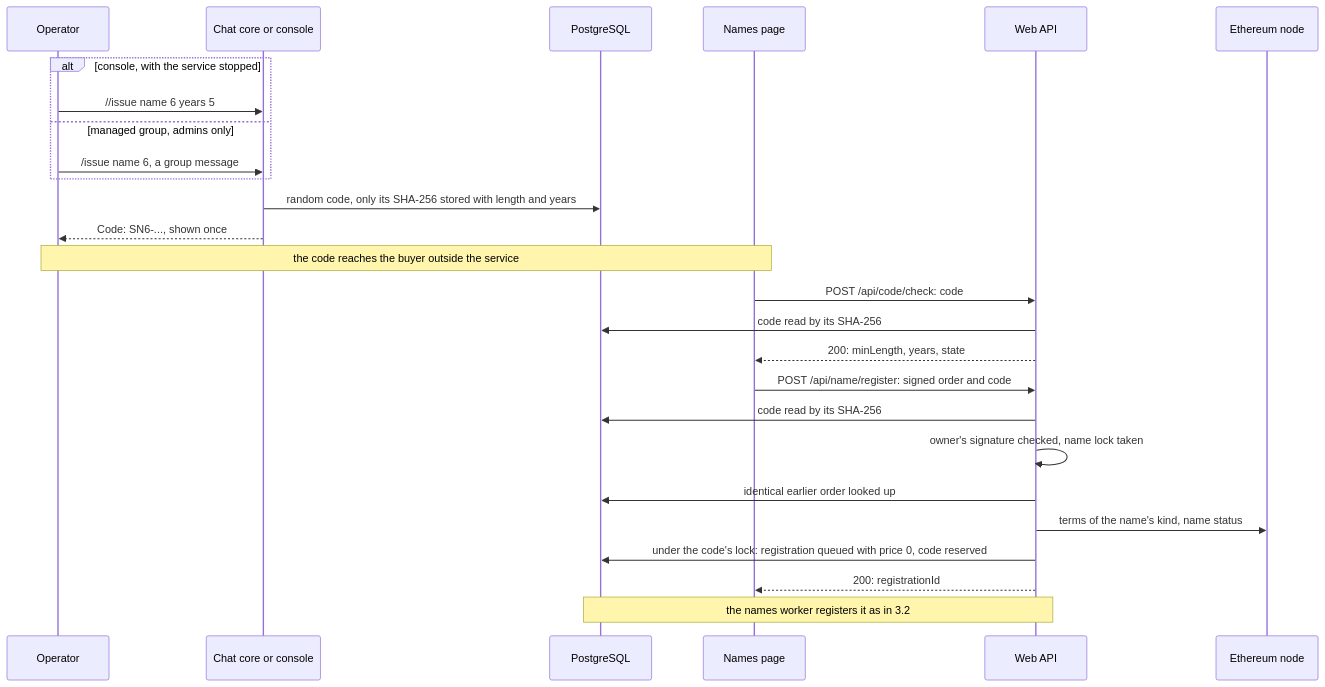
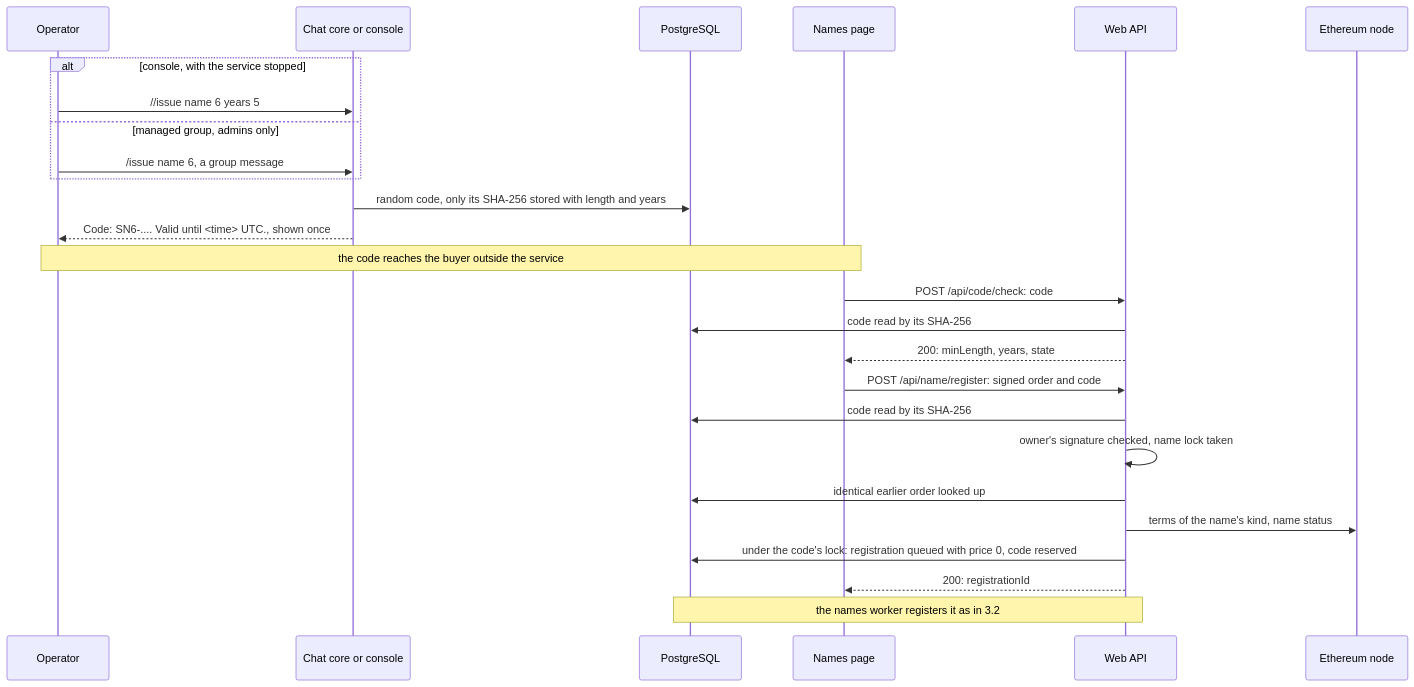
The fourth of 14 diagrams in apps/simplex-store-service/docs/names.md (simplex-chat/simplex-chat), drawn with Mermaid before and after one commit. The commit also changed other lines of this file and 9 other files, not shown here.

````diff
--- a/apps/simplex-store-service/docs/names.md
+++ b/apps/simplex-store-service/docs/names.md
@@ -252,28 +252,28 @@
 ```mermaid
 sequenceDiagram
   participant O as Operator
   participant C as Chat core or console
   participant D as PostgreSQL
   participant P as Names page
   participant W as Web API
   participant E as Ethereum node
   alt console, with the service stopped
     O->>C: //issue name 6 years 5
   else managed group, admins only
     O->>C: /issue name 6, a group message
   end
   C->>D: random code, only its SHA-256 stored with length and years
-  C-->>O: Code: SN6-..., shown once
+  C-->>O: Code: SN6-.... Valid until <time> UTC., shown once
   Note over O,P: the code reaches the buyer outside the service
   P->>W: POST /api/code/check: code
   W->>D: code read by its SHA-256
   W-->>P: 200: minLength, years, state
   P->>W: POST /api/name/register: signed order and code
   W->>D: code read by its SHA-256
   W->>W: owner's signature checked, name lock taken
   W->>D: identical earlier order looked up
   W->>E: terms of the name's kind, name status
   W->>D: under the code's lock: registration queued with price 0, code reserved
   W-->>P: 200: registrationId
   Note over W,D: the names worker registers it as in 3.2
 ```
````
